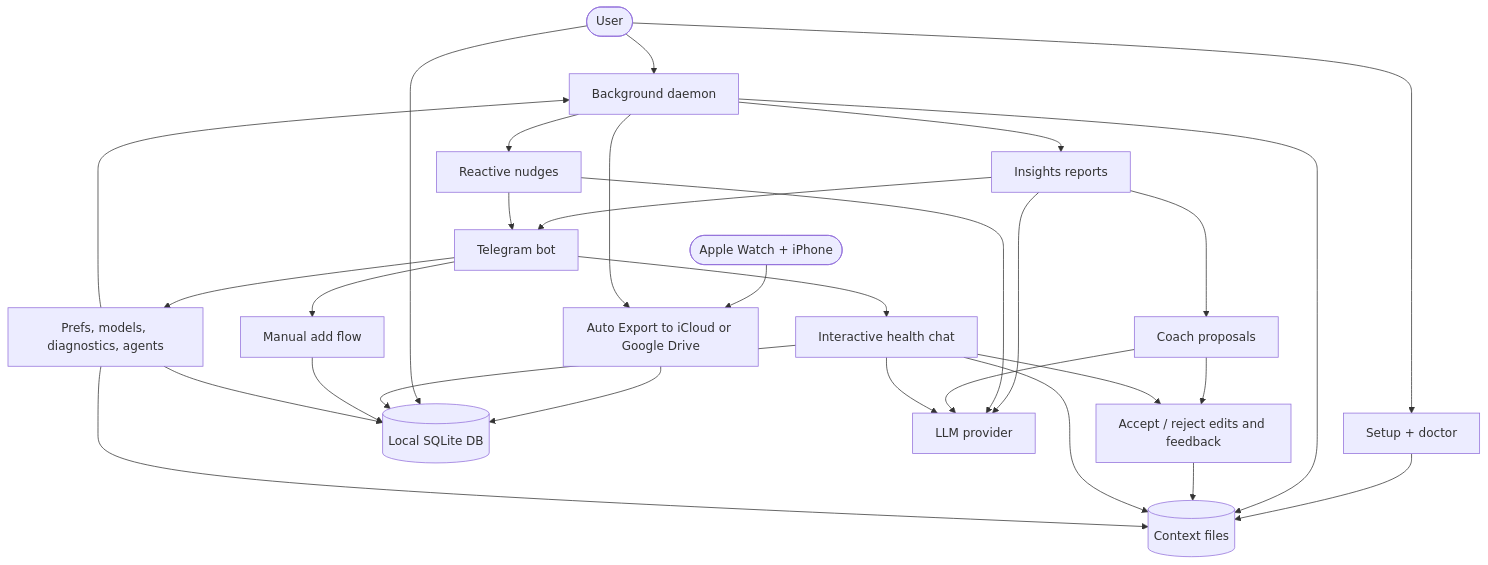
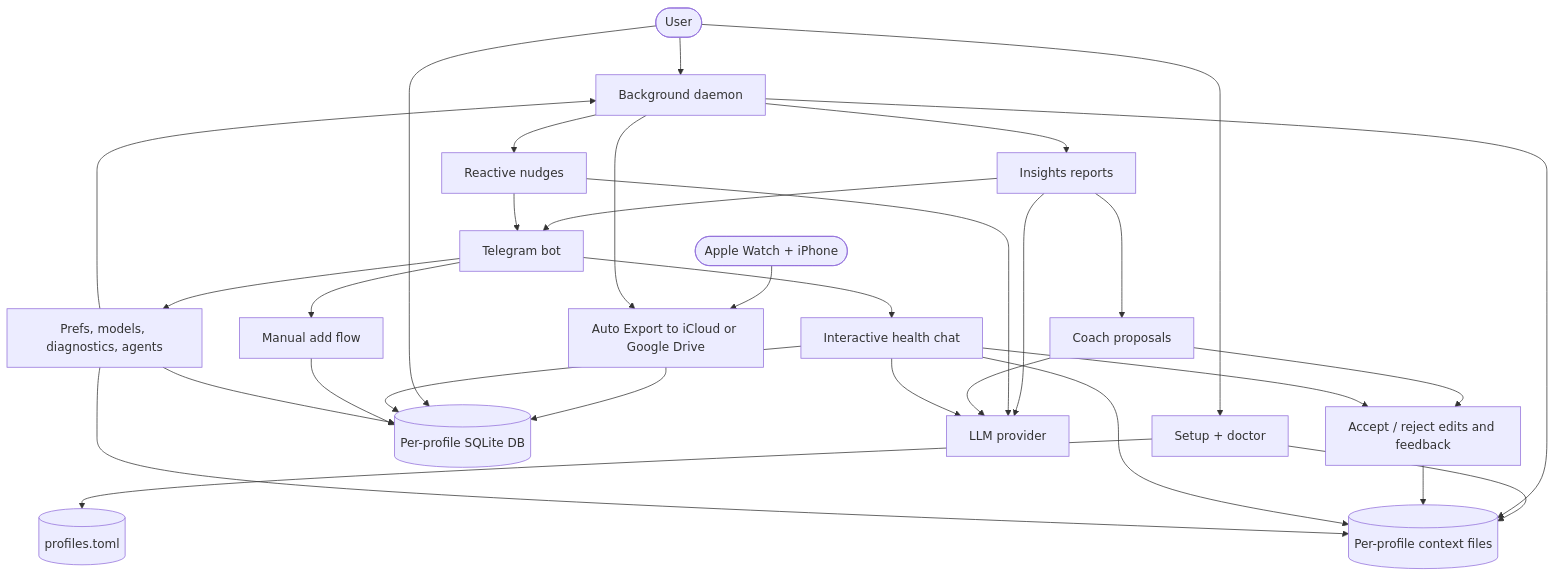
Before and after one commit to Alchemication/zdrowskit: the first of 8 diagrams in docs/user-flow.md, drawn with Mermaid. The commit also changed other lines of this file and 43 other files, not shown here.

````diff
--- a/docs/user-flow.md
+++ b/docs/user-flow.md
@@ -5,49 +5,51 @@
 ```mermaid
 flowchart TD
     user([User])
     apple([Apple Watch + iPhone])
     export["Auto Export to iCloud or Google Drive"]
     setup["Setup + doctor"]
-    context[(Context files)]
-    db[(Local SQLite DB)]
+    roster[(profiles.toml)]
+    context[(Per-profile context files)]
+    db[(Per-profile SQLite DB)]
     daemon["Background daemon"]
     telegram["Telegram bot"]
     llm["LLM provider"]
     reports["Insights reports"]
     coach["Coach proposals"]
     nudges["Reactive nudges"]
     chat["Interactive health chat"]
     manual["Manual add flow"]
     controls["Prefs, models, diagnostics, agents"]
     approvals["Accept / reject edits and feedback"]
 
     user --> setup
+    setup --> roster
     setup --> context
     apple --> export
     export --> db
     user --> db
     user --> daemon
     daemon --> export
     daemon --> context
     daemon --> reports
     daemon --> nudges
     reports --> llm
     nudges --> llm
     reports --> telegram
     nudges --> telegram
     reports --> coach
     coach --> llm
     coach --> approvals
     approvals --> context
     telegram --> chat
     chat --> db
     chat --> context
     chat --> llm
     chat --> approvals
     telegram --> manual
     manual --> db
     telegram --> controls
     controls --> db
     controls --> context
     controls --> daemon
 ```
````
